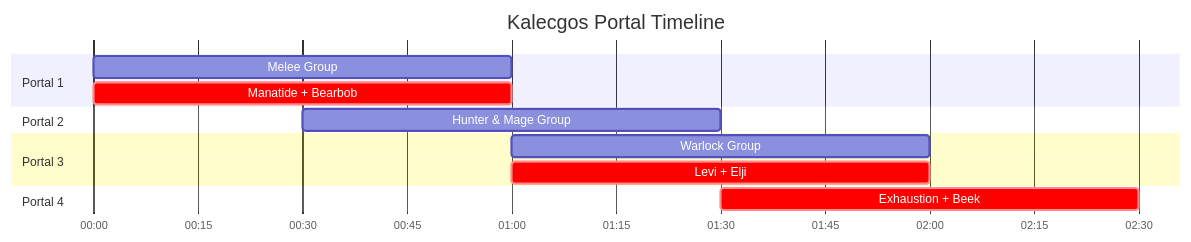
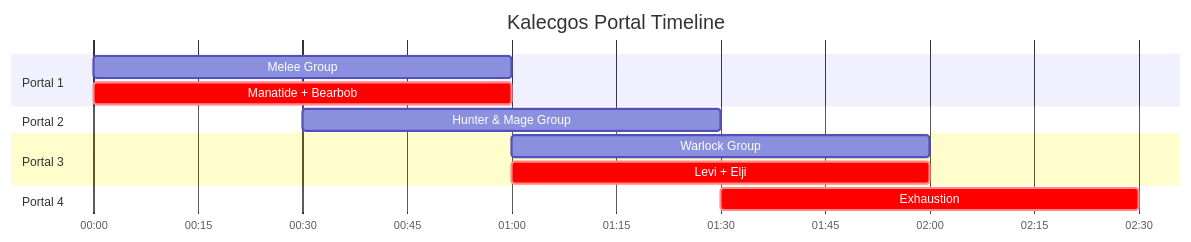
Before and after one commit to leemWF/READMEVault: the second of 10 diagrams in wepulled/swp/README.md, drawn with Mermaid. The commit also changed other lines of this file, not shown here.

````diff
--- a/wepulled/swp/README.md
+++ b/wepulled/swp/README.md
@@ -21,20 +21,20 @@
 ```mermaid
 gantt
     title Kalecgos Portal Timeline
     dateFormat  mm:ss
     axisFormat %M:%S
 
     section Portal 1
     Melee Group           :p1, 00:00, 1m
     Manatide + Bearbob     :crit, 00:00, 1m
     
     section Portal 2
     Hunter & Mage Group      :p2, 00:30, 1m
 
     section Portal 3
     Warlock Group    :p3, 01:00, 1m
     Levi +  Elji     :crit, 01:00, 1m
 
     section Portal 4
-    Exhaustion + Beek      :crit, p4, 01:30, 1m
+    Exhaustion      :crit, p4, 01:30, 1m
 ```
````
